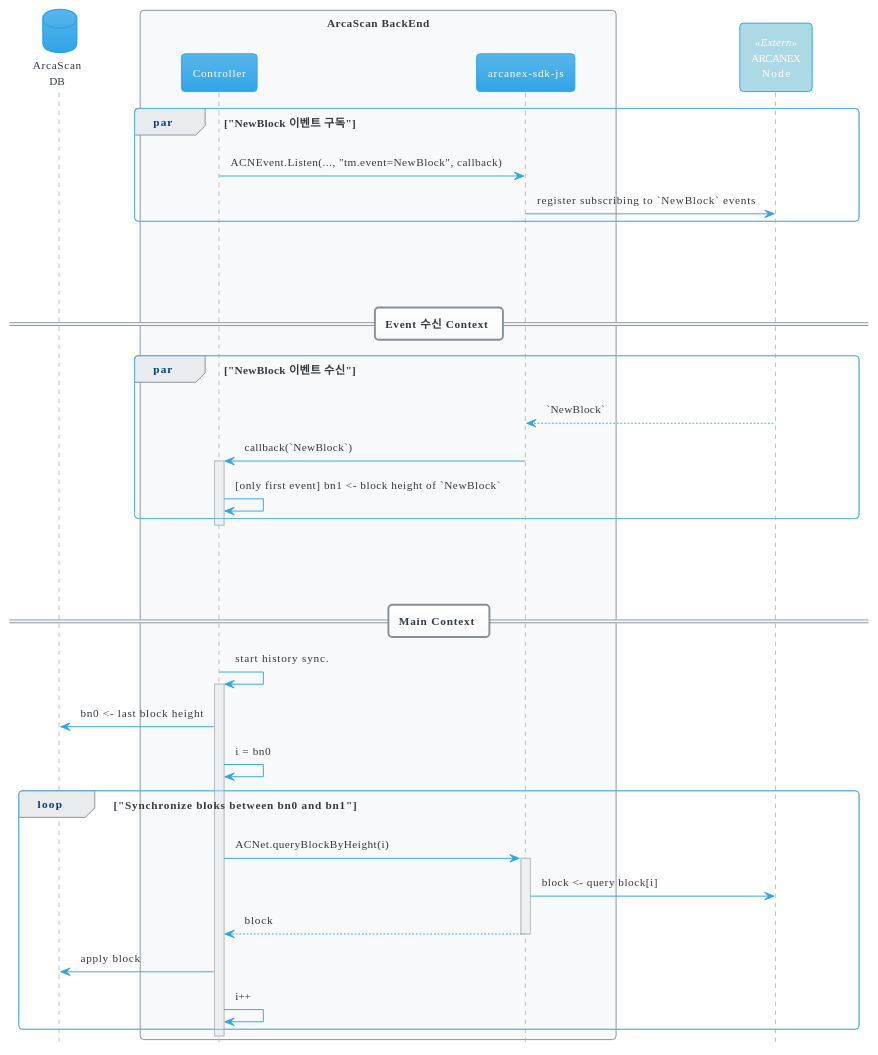
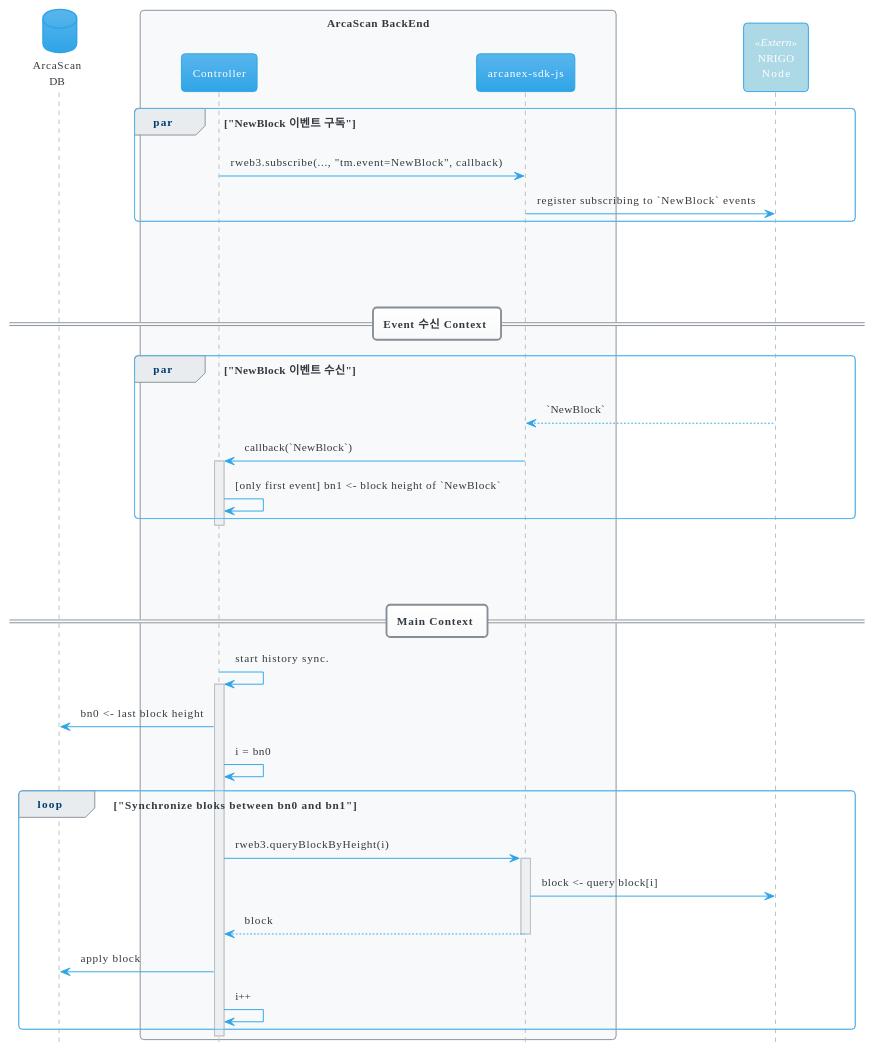
Before and after one commit to rigochain/rigo-sdk-js: the third of 3 diagrams in documents/docs/examples/explorer/srs.md, drawn with PlantUML. The commit also changed other lines of this file and 27 other files, not shown here.

````diff
--- a/documents/docs/examples/explorer/srs.md
+++ b/documents/docs/examples/explorer/srs.md
@@ -279,53 +279,53 @@
 ```plantuml
 @startuml
 
 !theme cerulean
 hide footbox
 skinparam ArrowThickness 1
 skinparam BackgroundColor white
 skinparam participant<<Extern>> {
   BackgroundColor lightblue
 }
 
 database "ArcaScan\nDB" as db
 box "ArcaScan BackEnd"
 participant "Controller" as be
 participant "arcanex-sdk-js" as sdk
 end box
-participant "ARCANEX\nNode" as node<<Extern>>
+participant "NRIGO\nNode" as node<<Extern>>
 
 par "NewBlock 이벤트 구독"
-be -> sdk: ACNEvent.Listen(..., "tm.event=NewBlock", callback)
+be -> sdk: rweb3.subscribe(..., "tm.event=NewBlock", callback)
 sdk -> node: register subscribing to `NewBlock` events
 end
 |||
 |||
 |||
 == Event 수신 Context ==
 par "NewBlock 이벤트 수신"
     node ---> sdk: `NewBlock`
     sdk -> be: callback(`NewBlock`)
     activate be
         be -> be : [only first event] bn1 <- block height of `NewBlock` 
 end par
     deactivate
 |||
 |||
 |||
 == Main Context ==
 be -> be: start history sync.
 activate be
     be -> db: bn0 <- last block height
     be -> be: i = bn0
     loop "Synchronize bloks between bn0 and bn1"
-        be -> sdk: ACNet.queryBlockByHeight(i)
+        be -> sdk: rweb3.queryBlockByHeight(i)
         activate sdk
             sdk -> node: block <- query block[i]
         return block
         be -> db: apply block
     be -> be: i++
     end loop
 deactivate be
 
 @enduml
 ```
````
